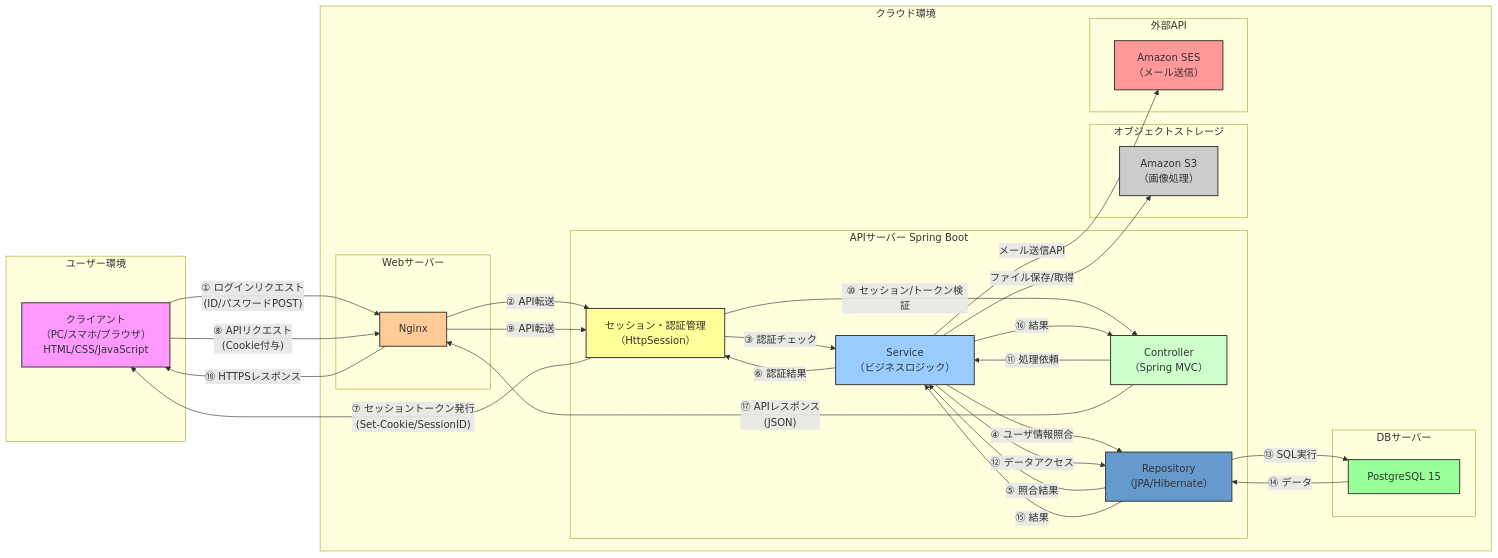
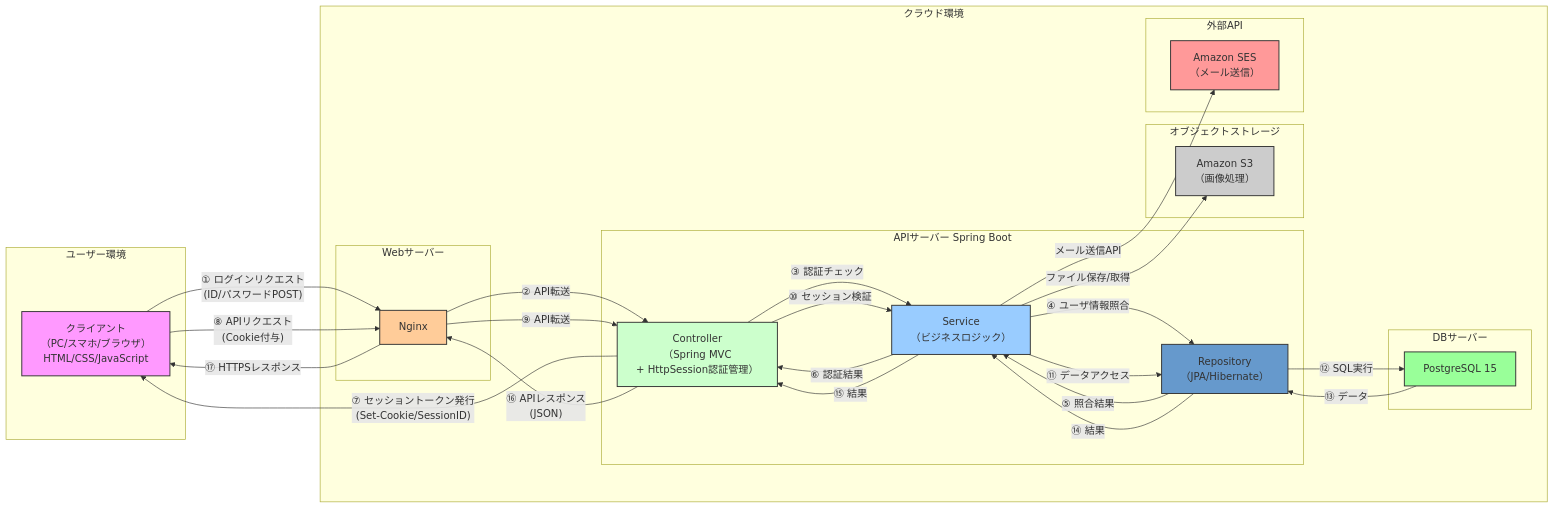
The diagram in 詳細設計/2.md (shogomaeda758/Bacon), drawn with Mermaid before and after one commit.

Commit message:
システム概要再修正

```diff
--- a/詳細設計/2.md
+++ b/詳細設計/2.md
@@ -7,77 +7,65 @@
 <div class="mermaid">
 graph LR
     subgraph ユーザー環境
         A[クライアント<br>（PC/スマホ/ブラウザ）<br>HTML/CSS/JavaScript]
     end
 
-
     subgraph クラウド環境
         subgraph Webサーバー
             B[Nginx]
         end
 
-
         subgraph APIサーバー Spring Boot
-            S[セッション・認証管理<br>（HttpSession）]
-            C[Controller<br>（Spring MVC）]
+            C[Controller<br>（Spring MVC<br>+ HttpSession認証管理）]
             D[Service<br>（ビジネスロジック）]
             E[Repository<br>（JPA/Hibernate）]
         end
-
 
         subgraph DBサーバー
             F[PostgreSQL 15]
         end
 
-
         subgraph オブジェクトストレージ
             G[Amazon S3<br>（画像処理）]
         end
-
 
         subgraph 外部API
             H[Amazon SES<br>（メール送信）]
         end
     end
 
-
     %% ログイン処理フロー
     A -- ① ログインリクエスト<br>(ID/パスワードPOST) --> B
-    B -- ② API転送 --> S
-    S -- ③ 認証チェック --> D
+    B -- ② API転送 --> C
+    C -- ③ 認証チェック --> D
     D -- ④ ユーザ情報照合 --> E
     E -- ⑤ 照合結果 --> D
-    D -- ⑥ 認証結果 --> S
-    S -- ⑦ セッショントークン発行<br>(Set-Cookie/SessionID) --> A
-
+    D -- ⑥ 認証結果 --> C
+    C -- ⑦ セッショントークン発行<br>(Set-Cookie/SessionID) --> A
 
     %% 認証付きAPIアクセス
     A -- ⑧ APIリクエスト<br>(Cookie付与) --> B
-    B -- ⑨ API転送 --> S
-    S -- ⑩ セッション/トークン検証 --> C
-    C -- ⑪ 処理依頼 --> D
-    D -- ⑫ データアクセス --> E
-    E -- ⑬ SQL実行 --> F
-    F -- ⑭ データ --> E
-    E -- ⑮ 結果 --> D
-    D -- ⑯ 結果 --> C
-    C -- ⑰ APIレスポンス<br>(JSON) --> B
-    B -- ⑱ HTTPSレスポンス --> A
-
+    B -- ⑨ API転送 --> C
+    C -- ⑩ セッション検証 --> D
+    D -- ⑪ データアクセス --> E
+    E -- ⑫ SQL実行 --> F
+    F -- ⑬ データ --> E
+    E -- ⑭ 結果 --> D
+    D -- ⑮ 結果 --> C
+    C -- ⑯ APIレスポンス<br>(JSON) --> B
+    B -- ⑰ HTTPSレスポンス --> A
 
     %% さらにストレージや外部API呼び出し
     D -- ファイル保存/取得 --> G
     D -- メール送信API --> H
-
 
     %% スタイル
     style A fill:#f9f,stroke:#333,stroke-width:1.5px
     style B fill:#ffcc99,stroke:#333,stroke-width:1.5px
     style C fill:#ccffcc,stroke:#333,stroke-width:1.5px
     style D fill:#99ccff,stroke:#333,stroke-width:1.5px
     style E fill:#6699cc,stroke:#333,stroke-width:1.5px
     style F fill:#99ff99,stroke:#333,stroke-width:1.5px
     style G fill:#cccccc,stroke:#333,stroke-width:1.5px
     style H fill:#ff9999,stroke:#333,stroke-width:1.5px
-    style S fill:#ffff99,stroke:#333,stroke-width:1.5px
 </div>
```
